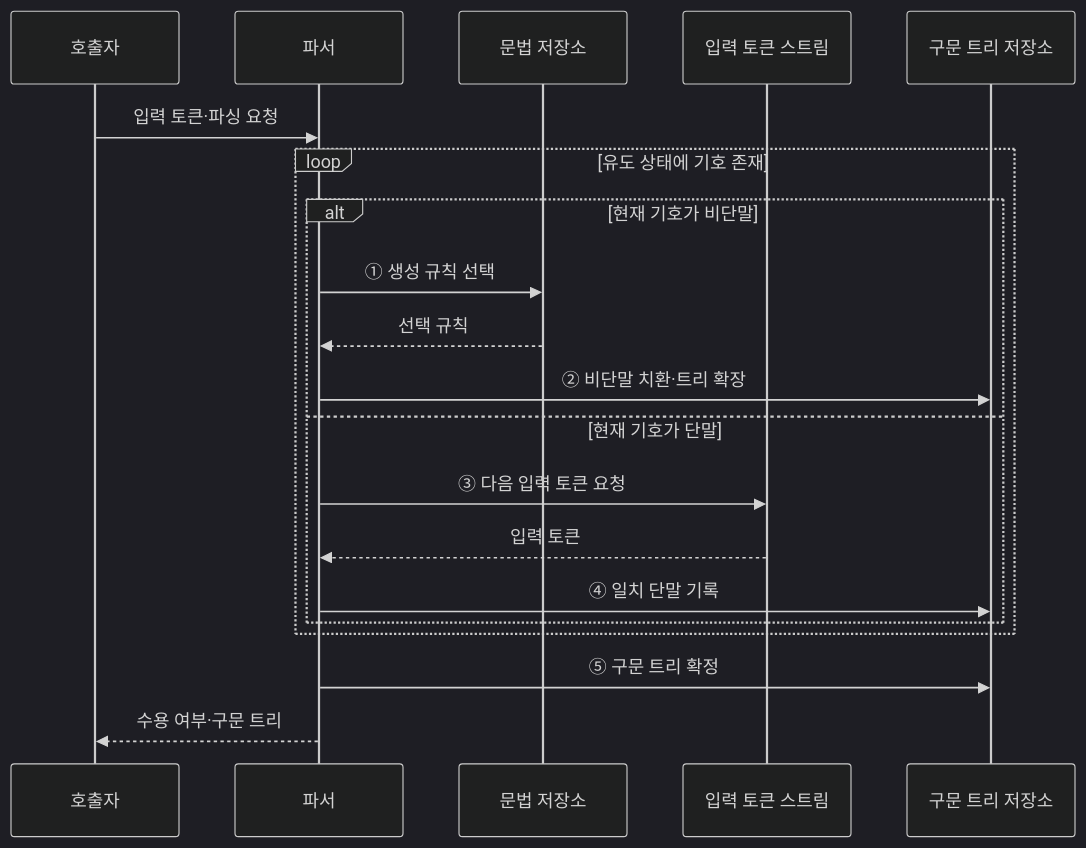
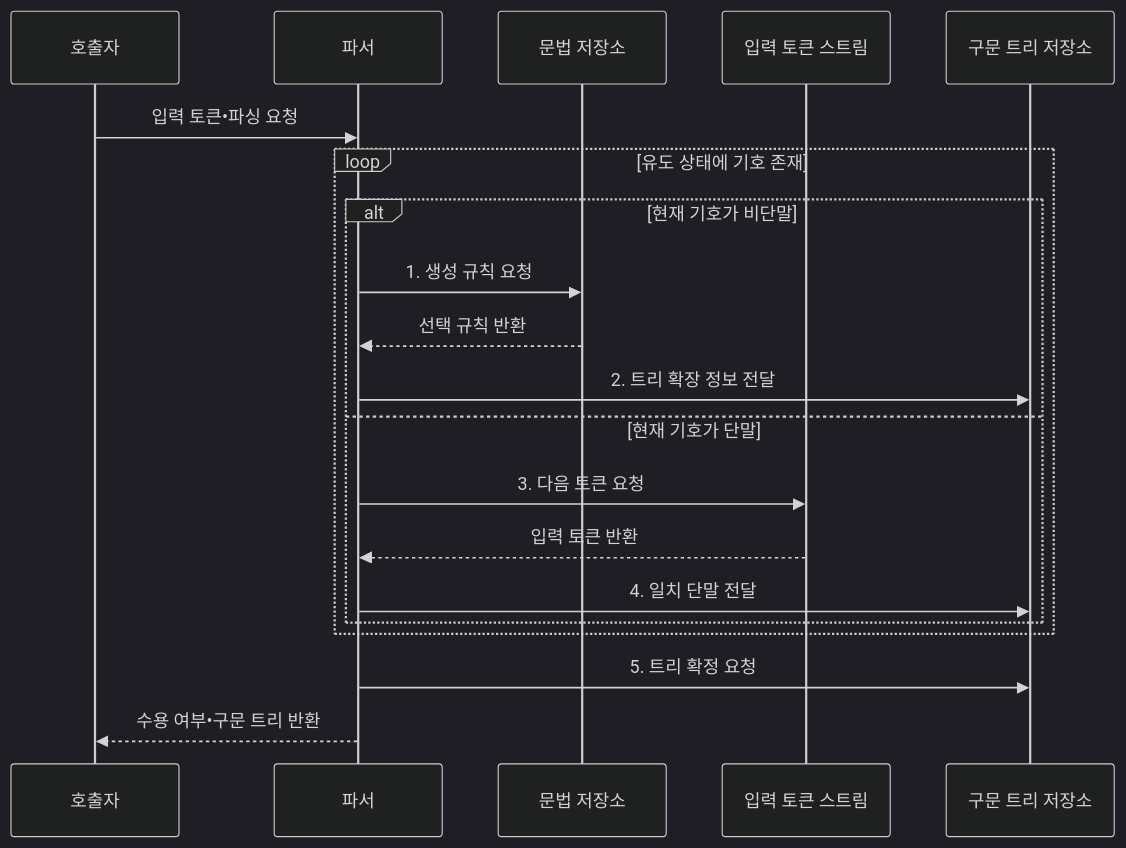
The second of 3 diagrams in src/content/docs/notes/01-basic-theory/021_context_free_grammar.md (agnusdei1207/knowledge-base), drawn with Mermaid (dark theme) before and after one commit. The commit also changed other lines of this file and 20 other files, not shown here.

````diff
--- a/src/content/docs/notes/01-basic-theory/021_context_free_grammar.md
+++ b/src/content/docs/notes/01-basic-theory/021_context_free_grammar.md
@@ -86,22 +87,22 @@
 ```mermaid
 sequenceDiagram
     participant Q as 호출자
     participant P as 파서
     participant G as 문법 저장소
     participant I as 입력 토큰 스트림
     participant T as 구문 트리 저장소
-    Q->>P: 입력 토큰·파싱 요청
+    Q->>P: 입력 토큰•파싱 요청
     loop 유도 상태에 기호 존재
         alt 현재 기호가 비단말
-            P->>G: ① 생성 규칙 선택
-            G-->>P: 선택 규칙
-            P->>T: ② 비단말 치환·트리 확장
+            P->>G: 1. 생성 규칙 요청
+            G-->>P: 선택 규칙 반환
+            P->>T: 2. 트리 확장 정보 전달
         else 현재 기호가 단말
-            P->>I: ③ 다음 입력 토큰 요청
-            I-->>P: 입력 토큰
-            P->>T: ④ 일치 단말 기록
+            P->>I: 3. 다음 토큰 요청
+            I-->>P: 입력 토큰 반환
+            P->>T: 4. 일치 단말 전달
         end
     end
-    P->>T: ⑤ 구문 트리 확정
-    P-->>Q: 수용 여부·구문 트리
+    P->>T: 5. 트리 확정 요청
+    P-->>Q: 수용 여부•구문 트리 반환
 ```
````
